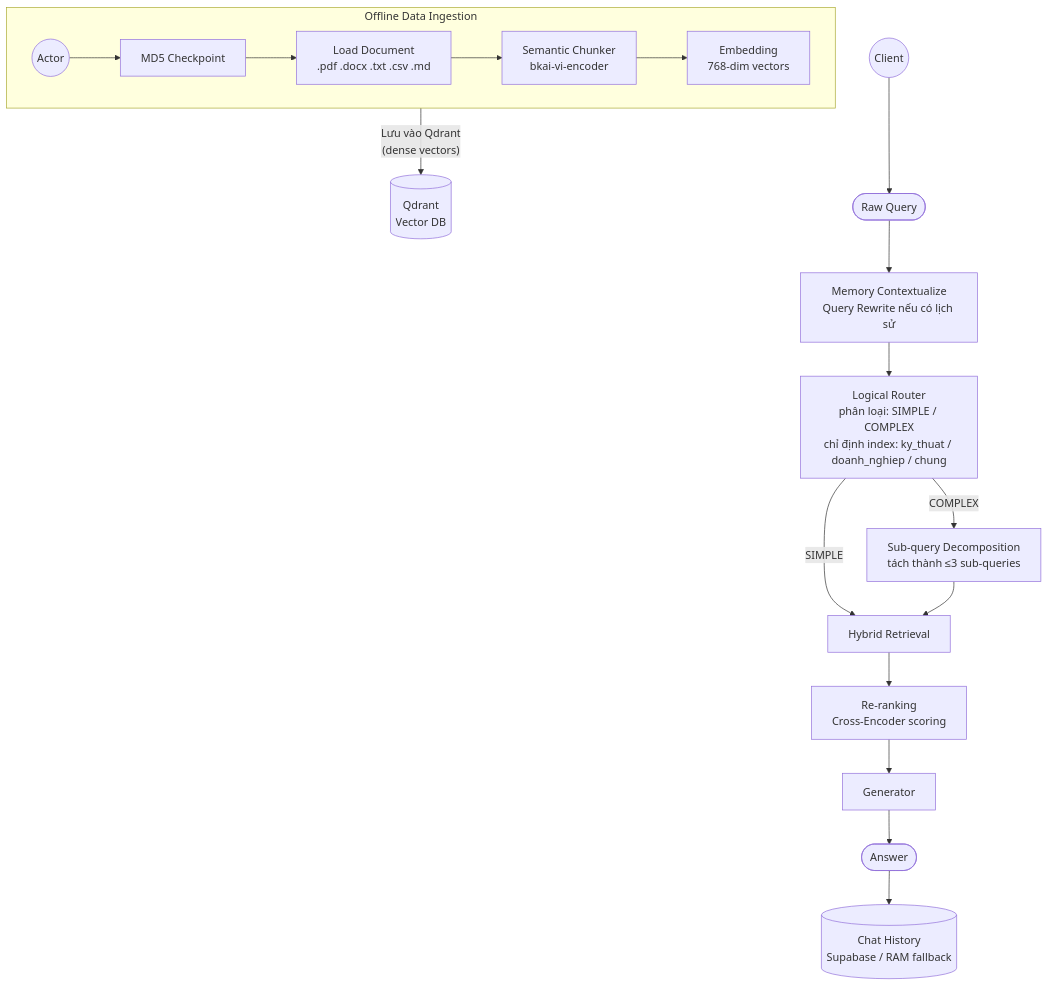
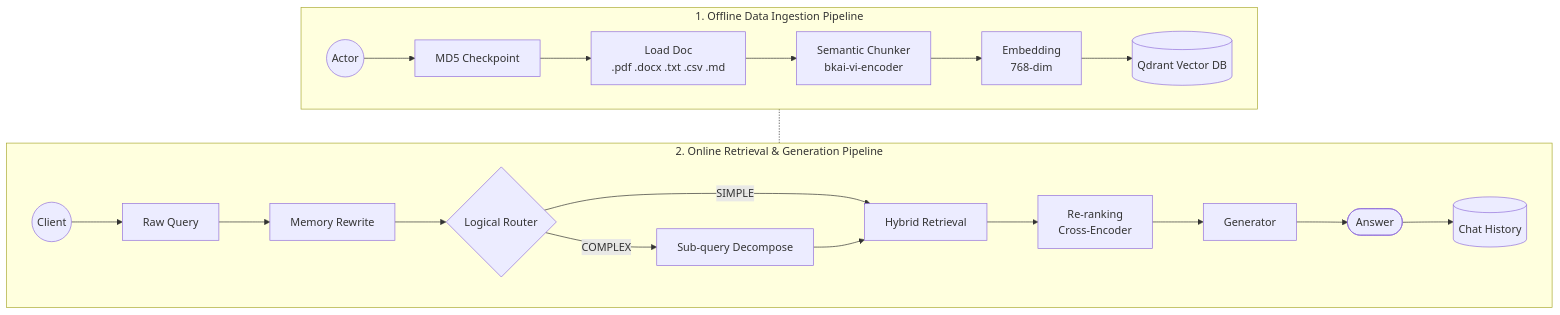
The diagram in README.md (DusTran0804/Rag_ChatBot), drawn with Mermaid before and after one commit.

````diff
--- a/README.md
+++ b/README.md
@@ -23,30 +23,20 @@
 ```mermaid
 flowchart TD
-    %% Ingestion Pipeline
-    subgraph Ingestion ["Offline Data Ingestion"]
+    %% Row 1: Offline Ingestion
+    subgraph Ingestion ["1. Offline Data Ingestion Pipeline"]
         direction LR
-        A1((Actor)) --> B1[MD5 Checkpoint]
-        B1 --> B2[Load Document\n.pdf .docx .txt .csv .md]
-        B2 --> C1[Semantic Chunker\nbkai-vi-encoder]
-        C1 --> D1[Embedding\n768-dim vectors]
+        A1((Actor)) --> B1[MD5 Checkpoint] --> B2[Load Doc\n.pdf .docx .txt .csv .md] --> C1[Semantic Chunker\nbkai-vi-encoder] --> D1[Embedding\n768-dim] --> VDB[(Qdrant Vector DB)]
     end
 
-    D1 -- "Lưu vào Qdrant\n(dense vectors)" --> VDB[(Qdrant\nVector DB)]
+    %% Row 2: Online Query
+    subgraph Query ["2. Online Retrieval & Generation Pipeline"]
+        direction LR
+        U1((Client)) --> Q1[Raw Query] --> MEM[Memory Rewrite] --> QR{Logical Router}
+        QR -- "SIMPLE" --> RET[Hybrid Retrieval]
+        QR -- "COMPLEX" --> QT[Sub-query Decompose] --> RET
+        RET --> RRK[Re-ranking\nCross-Encoder] --> GEN[Generator] --> ANS([Answer]) --> DB[(Chat History)]
+    end
 
-    %% Query Pipeline
-    U1((Client)) --> Q1([Raw Query])
-
-    Q1 --> MEM["Memory Contextualize\nQuery Rewrite nếu có lịch sử"]
-    MEM --> QR["Logical Router\nphân loại: SIMPLE / COMPLEX\nchỉ định index: ky_thuat / doanh_nghiep / chung"]
-
-    QR -- "SIMPLE" --> RET
-    QR -- "COMPLEX" --> QT["Sub-query Decomposition\ntách thành ≤3 sub-queries"]
-    QT --> RET
-
-    RET["Hybrid Retrieval"] --> RRK["Re-ranking\nCross-Encoder scoring"]
-
-    RRK --> GEN["Generator"]
-    GEN --> ANS([Answer])
-
-    ANS --> DB[("Chat History\nSupabase / RAM fallback")]
+    %% Connection between Ingestion & Query
+    VDB -.- RET
 ```
````
